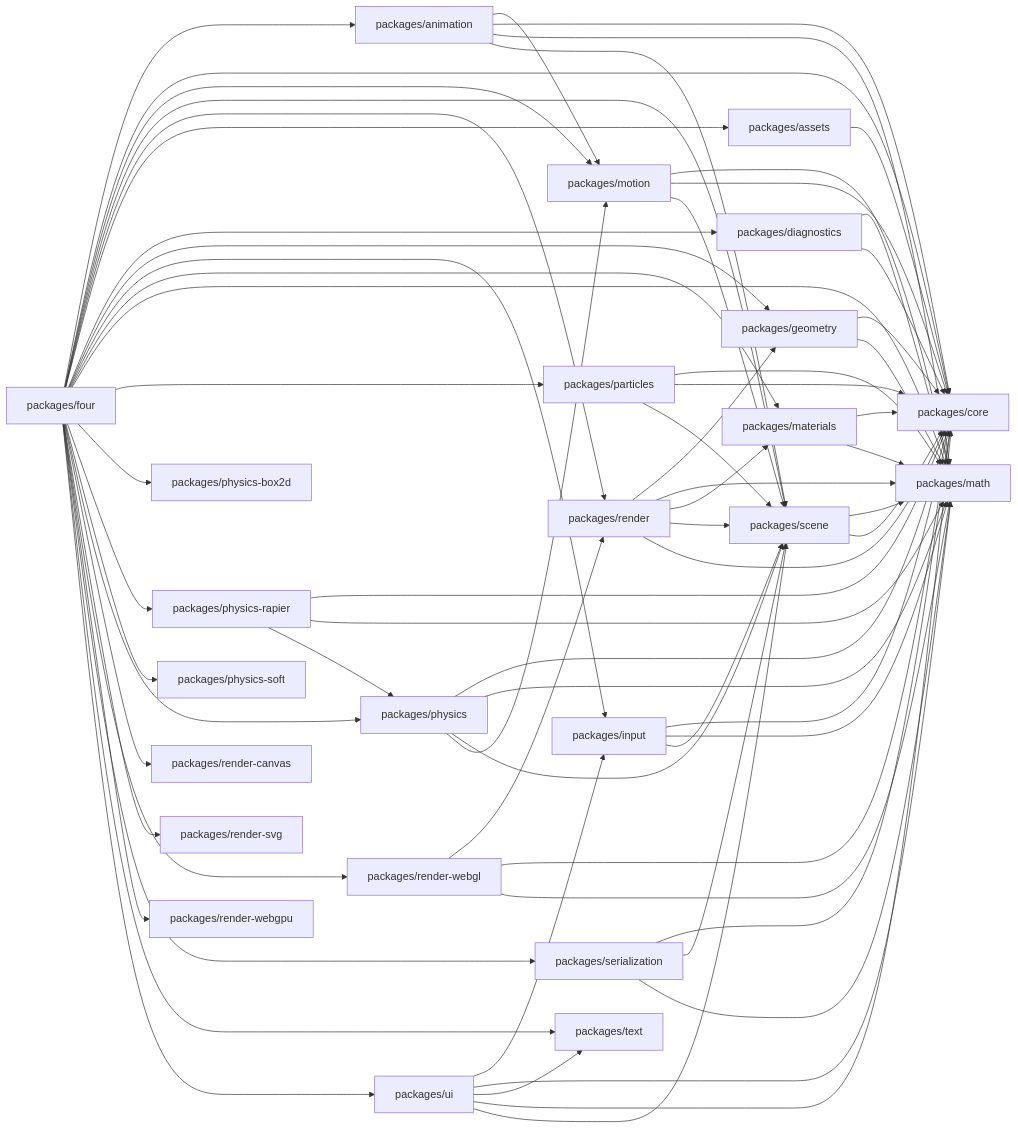
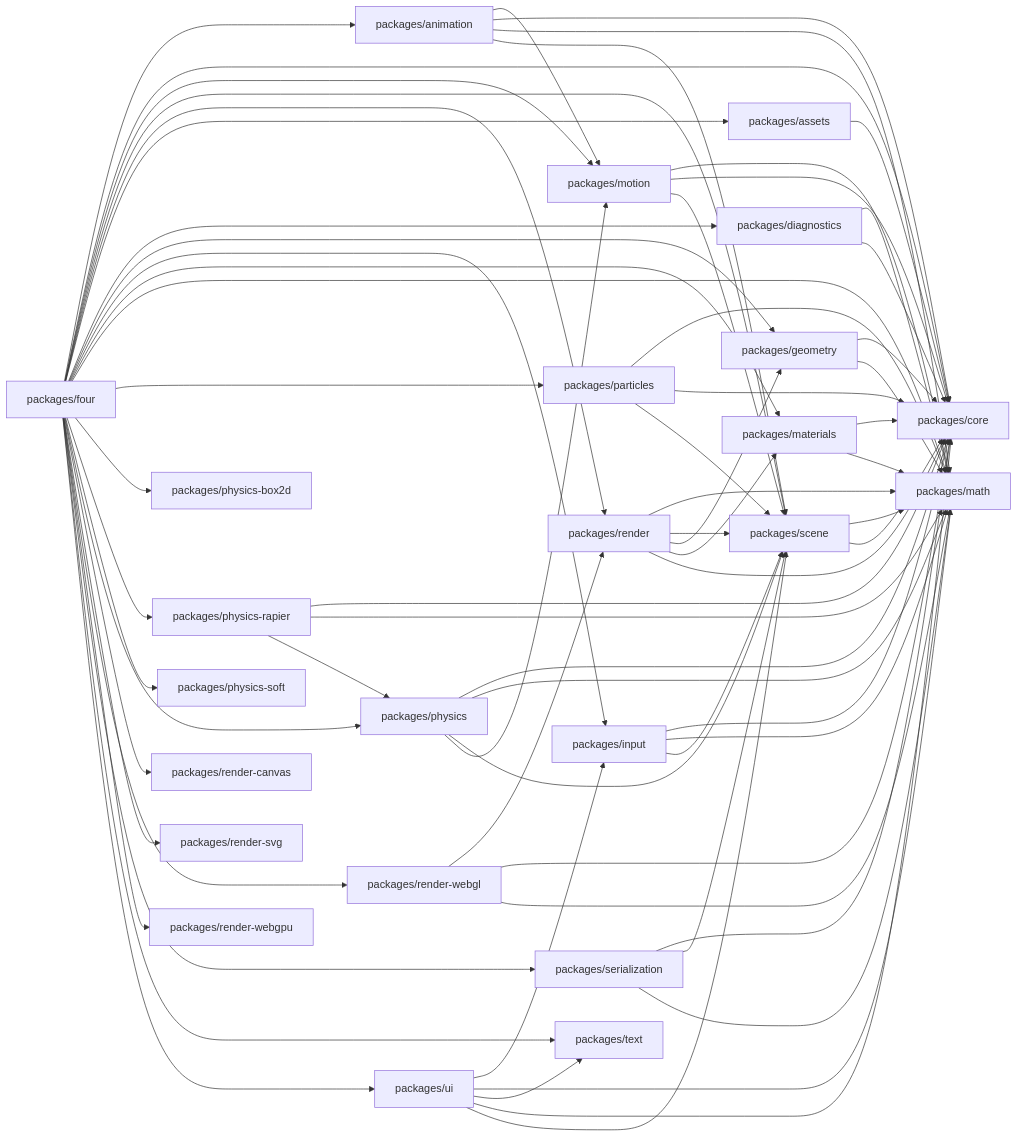
Before and after one commit to danielsimonjr/four.js: the first of 2 diagrams in docs/Architecture/DEPENDENCY_GRAPH.md, drawn with Mermaid. The commit also changed other lines of this file and 124 other files, not shown here.

```diff
--- a/docs/Architecture/DEPENDENCY_GRAPH.md
+++ b/docs/Architecture/DEPENDENCY_GRAPH.md
@@ -181,10 +181,10 @@
     P13 --> P2
     P13 --> P8
     P13 --> P11
+    P15 --> P8
+    P15 --> P20
     P15 --> P5
-    P15 --> P8
     P15 --> P7
-    P15 --> P20
     P15 --> P2
     P18 --> P15
     P18 --> P2
```
